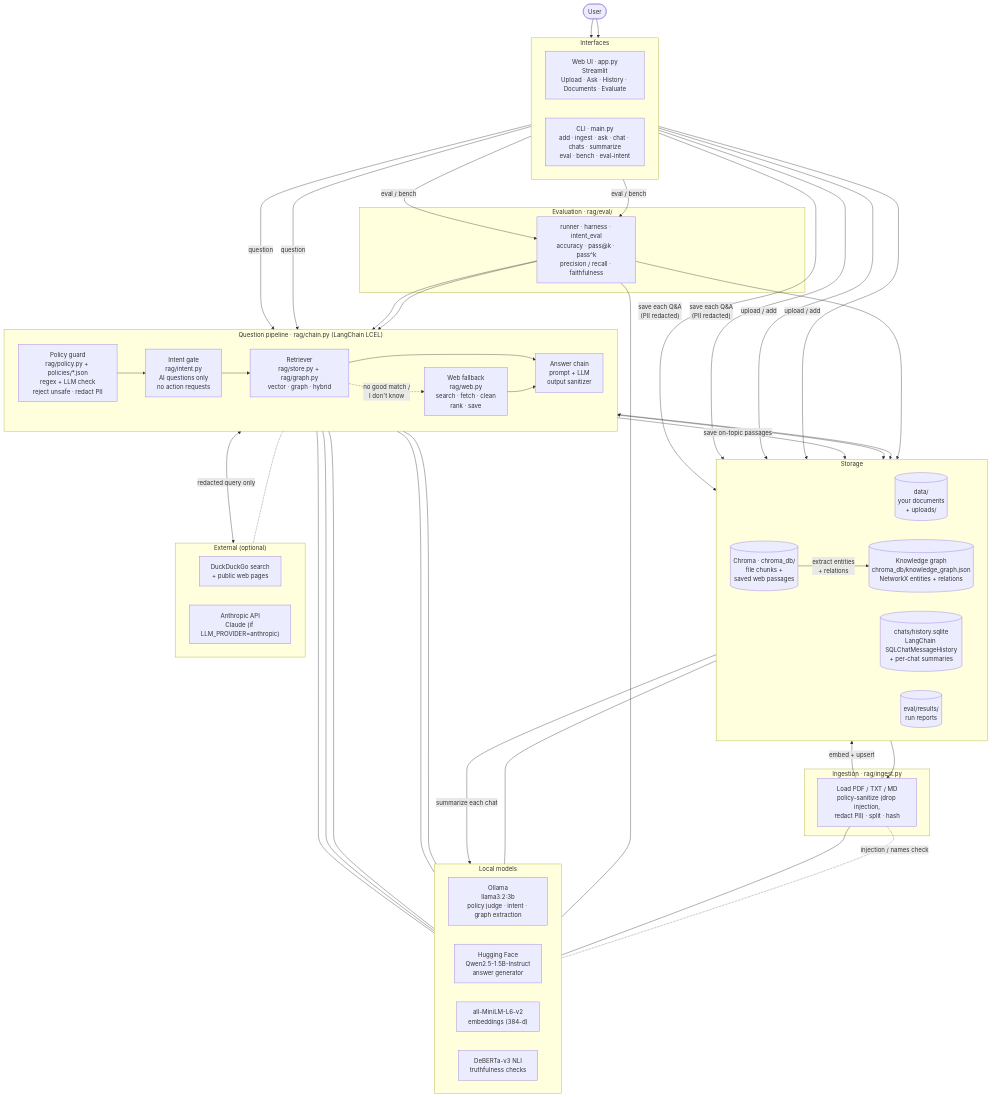
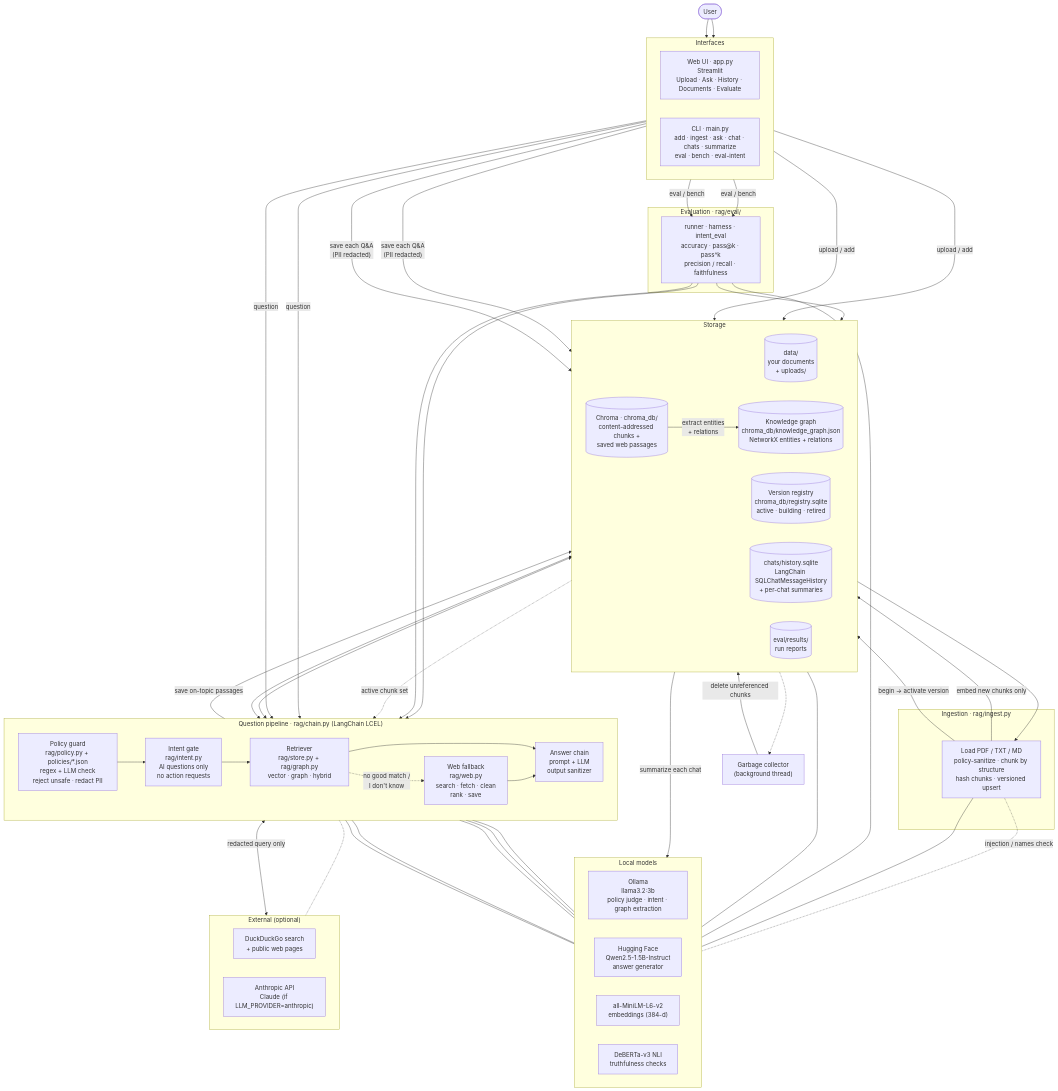
Before and after one commit to radhika-singh-10/LuminusRAG: the first of 4 diagrams in README.md, drawn with Mermaid. The commit also changed other lines of this file and 9 other files, not shown here.

````diff
--- a/README.md
+++ b/README.md
@@ -18,76 +18,81 @@
 ```mermaid
 flowchart TB
     USER(["User"])
 
     subgraph IFACE["Interfaces"]
         direction LR
         WEB_UI["Web UI · app.py<br/>Streamlit<br/>Upload · Ask · History · Documents · Evaluate"]
         CLI["CLI · main.py<br/>add · ingest · ask · chat · chats · summarize<br/>eval · bench · eval-intent"]
     end
 
     subgraph PIPE["Question pipeline · rag/chain.py (LangChain LCEL)"]
         direction LR
         SAFETY["Policy guard<br/>rag/policy.py + policies/*.json<br/>regex + LLM check<br/>reject unsafe · redact PII"]
         INTENT["Intent gate<br/>rag/intent.py<br/>AI questions only<br/>no action requests"]
         RETR["Retriever<br/>rag/store.py + rag/graph.py<br/>vector · graph · hybrid"]
         GEN["Answer chain<br/>prompt + LLM<br/>output sanitizer"]
         WEBF["Web fallback<br/>rag/web.py<br/>search · fetch · clean<br/>rank · save"]
         SAFETY --> INTENT --> RETR --> GEN
         RETR -. "no good match /<br/>I don't know" .-> WEBF
         WEBF --> GEN
     end
 
     subgraph INGEST["Ingestion · rag/ingest.py"]
-        LOADER["Load PDF / TXT / MD<br/>policy-sanitize (drop injection,<br/>redact PII) · split · hash"]
+        LOADER["Load PDF / TXT / MD<br/>policy-sanitize · chunk by structure<br/>hash chunks · versioned upsert"]
     end
 
     subgraph MODELS["Local models"]
         direction LR
         OLLAMA["Ollama<br/>llama3.2:3b<br/>policy judge · intent · graph extraction"]
         QWEN["Hugging Face<br/>Qwen2.5-1.5B-Instruct<br/>answer generator"]
         MINILM["all-MiniLM-L6-v2<br/>embeddings (384-d)"]
         NLI["DeBERTa-v3 NLI<br/>truthfulness checks"]
     end
 
     subgraph STORAGE["Storage"]
         direction LR
         FILES[("data/<br/>your documents<br/>+ uploads/")]
-        CHROMA[("Chroma · chroma_db/<br/>file chunks +<br/>saved web passages")]
+        CHROMA[("Chroma · chroma_db/<br/>content-addressed chunks +<br/>saved web passages")]
+        REG[("Version registry<br/>chroma_db/registry.sqlite<br/>active · building · retired")]
         KG[("Knowledge graph<br/>chroma_db/knowledge_graph.json<br/>NetworkX entities + relations")]
         HISTDB[("chats/history.sqlite<br/>LangChain SQLChatMessageHistory<br/>+ per-chat summaries")]
         RESULTS[("eval/results/<br/>run reports")]
     end
 
     subgraph EXT["External (optional)"]
         direction LR
         DDG["DuckDuckGo search<br/>+ public web pages"]
         CLAUDE["Anthropic API<br/>Claude (if LLM_PROVIDER=anthropic)"]
     end
 
     subgraph EVAL["Evaluation · rag/eval/"]
         HARNESS["runner · harness · intent_eval<br/>accuracy · pass@k · pass^k<br/>precision / recall · faithfulness"]
     end
 
     USER --> WEB_UI & CLI
     WEB_UI & CLI -- "question" --> SAFETY
     WEB_UI & CLI -- "upload / add" --> FILES
-    FILES --> LOADER -- "embed + upsert" --> CHROMA
+    FILES --> LOADER -- "embed new chunks only" --> CHROMA
+    LOADER -- "begin → activate version" --> REG
+    REG -. "active chunk set" .-> RETR
+    GCX["Garbage collector<br/>(background thread)"] -- "delete unreferenced chunks" --> CHROMA
+    REG -.-> GCX
     INTENT --- OLLAMA
     SAFETY --- OLLAMA
     LOADER -. "injection / names check" .- OLLAMA
     RETR <--> CHROMA
     RETR <--> KG
     CHROMA -- "extract entities<br/>+ relations" --> KG
     KG --- OLLAMA
     GEN --- QWEN
     GEN -.- CLAUDE
     LOADER & RETR & WEBF --- MINILM
     WEBF <-->|"redacted query only"| DDG
     WEBF -- "save on-topic passages" --> CHROMA
     WEB_UI & CLI -- "save each Q&A<br/>(PII redacted)" --> HISTDB
     HISTDB -- "summarize each chat" --> QWEN
     WEB_UI & CLI -- "eval / bench" --> HARNESS
     HARNESS --> RETR & GEN
     HARNESS --- NLI
     HARNESS --> RESULTS
 ```
````
